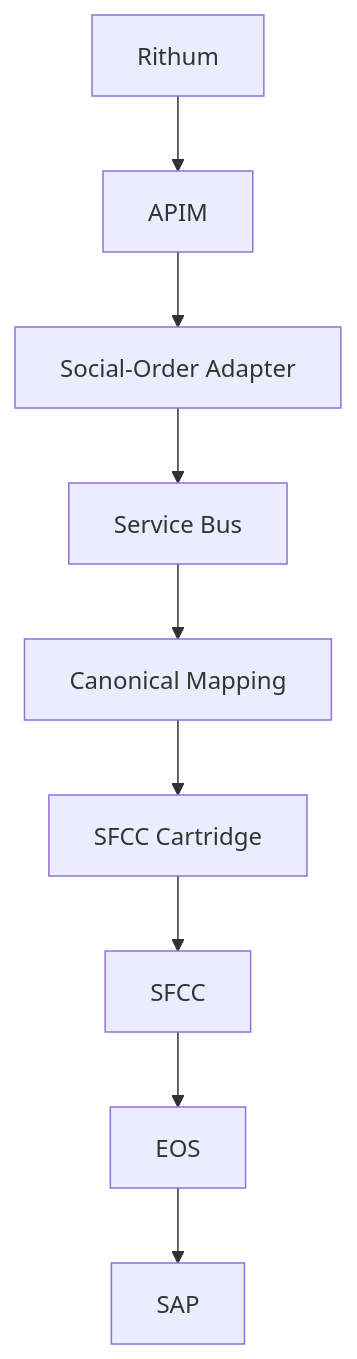
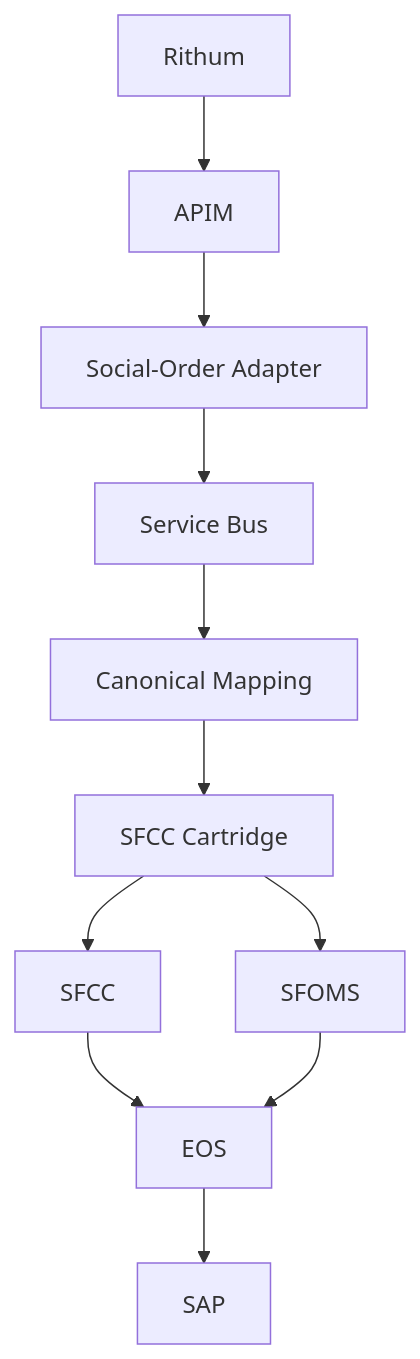
Before and after one commit to alienfacepalm/columbia-social-order-use-case: the sixth of 10 diagrams in presentation.md, drawn with Mermaid. The commit also changed other lines of this file and 7 other files, not shown here.

````diff
--- a/presentation.md
+++ b/presentation.md
@@ -242,11 +244,13 @@
 ```mermaid
 flowchart TB
     R["Rithum"] --> APIM["APIM"]
     APIM --> FA["Social-Order Adapter"]
     FA --> SB["Service Bus"]
     SB --> CM["Canonical Mapping"]
     CM --> CART["SFCC Cartridge"]
     CART --> SFCC["SFCC"]
+    CART --> SFOMS["SFOMS"]
     SFCC --> EOS["EOS"]
+    SFOMS --> EOS
     EOS --> SAP["SAP"]
 ```
````
